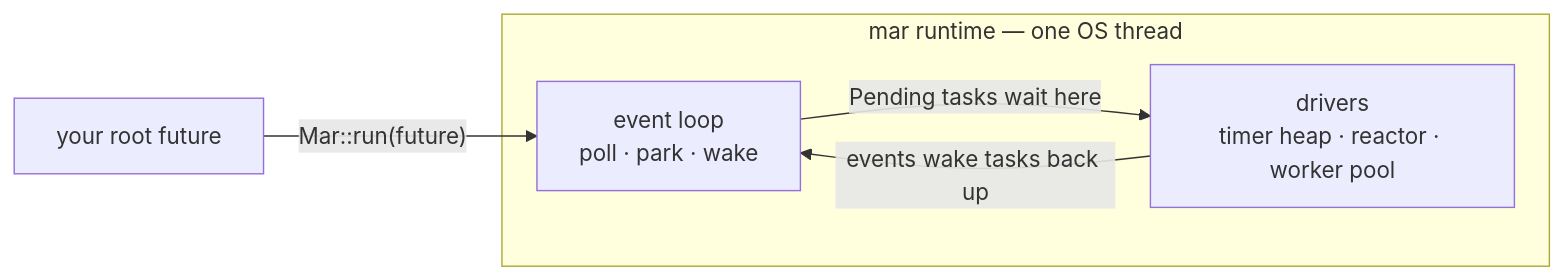
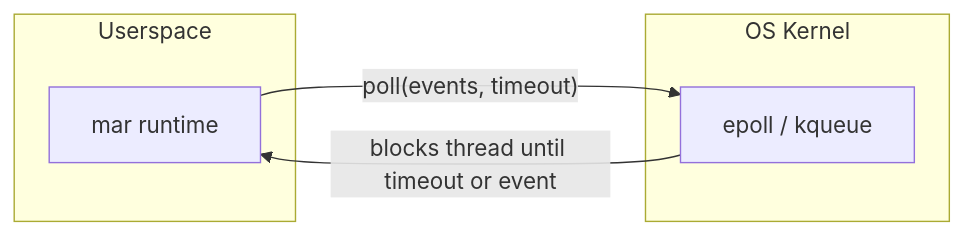
The sixth of 9 diagrams in README.md (paulpeters144/mini-async-runtime), drawn with Mermaid before and after one commit. The commit also changed other lines of this file and 7 other files, not shown here.

````diff
--- a/README.md
+++ b/README.md
@@ -14,11 +336,11 @@
 ```mermaid
 flowchart LR
-    Root["your root future"] -->|"Mar::run(future)"| Loop
-
-    subgraph Mar["mar runtime — one OS thread"]
-        Loop["event loop<br/>poll · park · wake"]
-        Drivers["drivers<br/>timer heap · reactor · worker pool"]
-        Loop -->|"Pending tasks wait here"| Drivers
-        Drivers -->|"events wake tasks back up"| Loop
+    subgraph UserSpace["Userspace"]
+        E["mar runtime"]
     end
+    subgraph Kernel["OS Kernel"]
+        EP["epoll / kqueue"]
+    end
+    E -->|"poll(events, timeout)"| EP
+    EP -->|"blocks thread until timeout or event"| E
 ```
````
